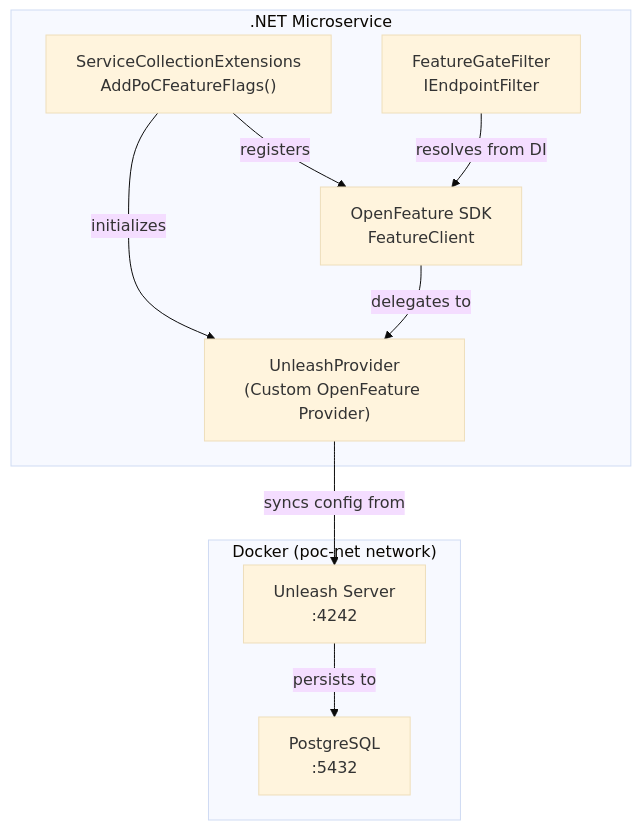
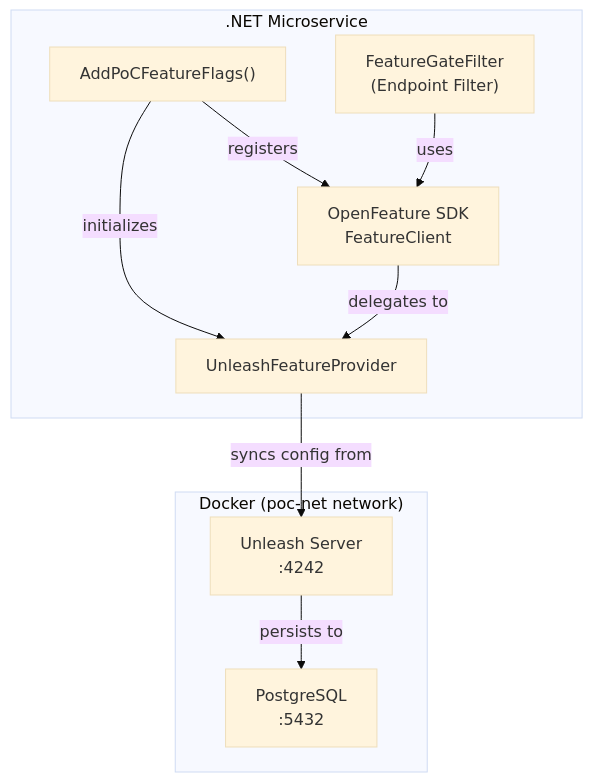
One commit to brenoemelo/poc_feature changed the diagram in docs/guides/feature-flags.md. Above: the diagram before and after it, drawn with Mermaid (base theme). The commit also changed other lines of this file and 51 other files, not shown here.

````diff
--- a/docs/guides/feature-flags.md
+++ b/docs/guides/feature-flags.md
@@ -55,21 +15,21 @@
 ```mermaid
 graph TD
     subgraph Docker["Docker (poc-net network)"]
         Unleash["Unleash Server<br/>:4242"]
         DB["PostgreSQL<br/>:5432"]
         Unleash -->|persists to| DB
     end
 
     subgraph DotNet[".NET Microservice"]
-        EXT["ServiceCollectionExtensions<br/>AddPoCFeatureFlags()"]
-        FILTER["FeatureGateFilter<br/>IEndpointFilter"]
+        EXT["AddPoCFeatureFlags()"]
+        FILTER["FeatureGateFilter<br/>(Endpoint Filter)"]
         SDK["OpenFeature SDK<br/>FeatureClient"]
-        PROVIDER["UnleashProvider<br/>(Custom OpenFeature Provider)"]
+        PROVIDER["UnleashFeatureProvider"]
     end
 
     EXT -->|registers| SDK
     EXT -->|initializes| PROVIDER
-    FILTER -->|resolves from DI| SDK
+    FILTER -->|uses| SDK
     SDK -->|delegates to| PROVIDER
     PROVIDER -->|syncs config from| Unleash
 ```
````
